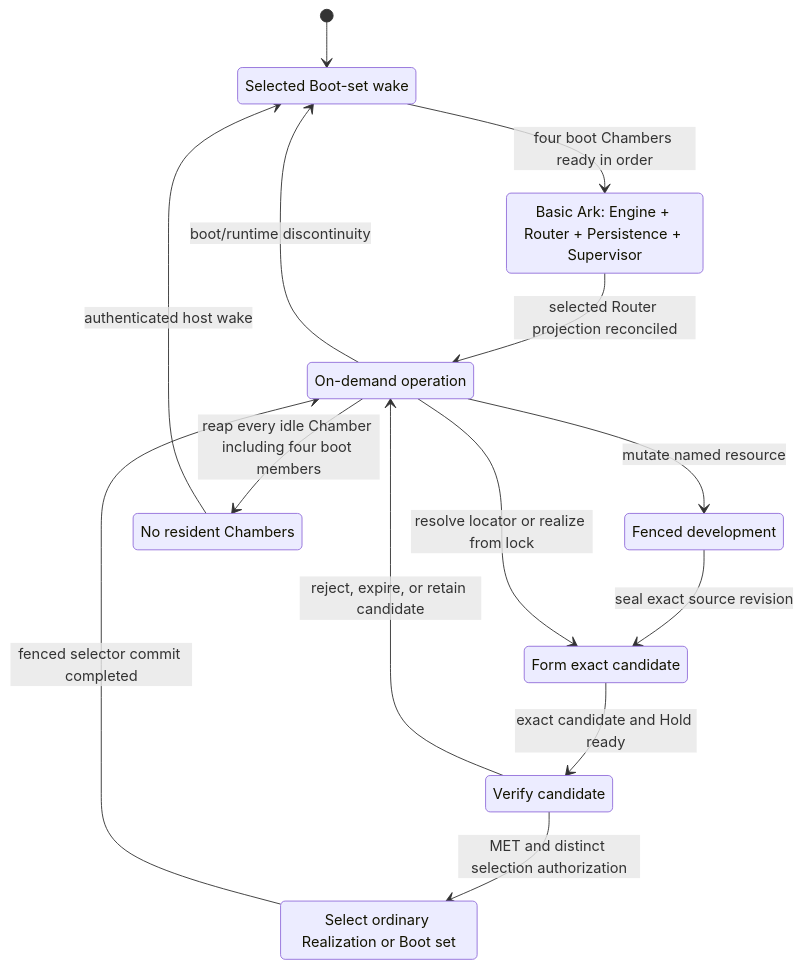
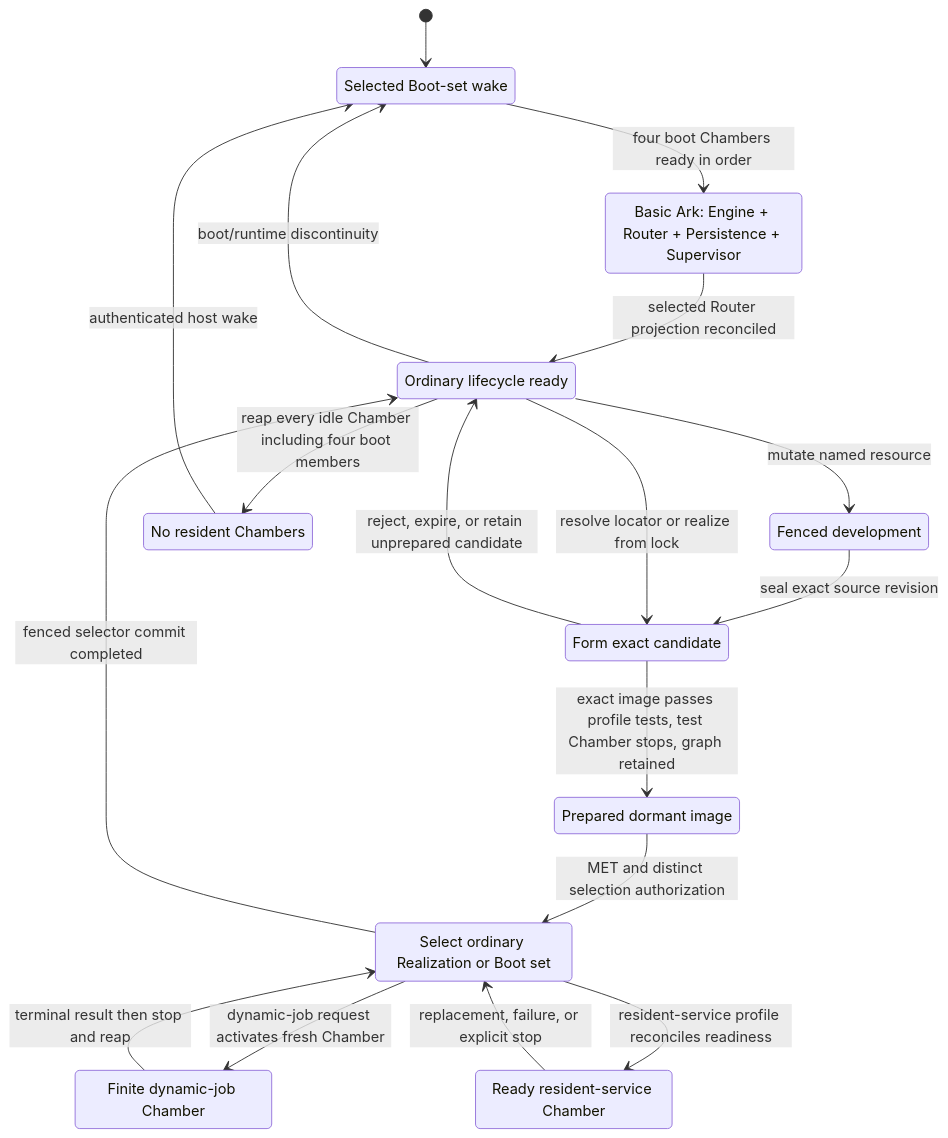
One commit to dreamcatcher-tech/chambers-lifecycle-explorer changed the second of 16 diagrams in source/chambers-lifecycle-sequences.md. Above: the diagram before and after it, drawn with Mermaid. The commit also changed other lines of this file and 5 other files, not shown here.

Commit message:
Publish prepared image execution lifecycles

````diff
--- a/source/chambers-lifecycle-sequences.md
+++ b/source/chambers-lifecycle-sequences.md
@@ -731,26 +795,32 @@
 ```mermaid
 stateDiagram-v2
     direction TB
     state "Selected Boot-set wake" as Wake
     state "Basic Ark: Engine + Router + Persistence + Supervisor" as Basic
-    state "On-demand operation" as Normal
+    state "Ordinary lifecycle ready" as Normal
     state "Fenced development" as Develop
     state "Form exact candidate" as Realize
-    state "Verify candidate" as Verify
+    state "Prepared dormant image" as Prepare
     state "Select ordinary Realization or Boot set" as Select
+    state "Finite dynamic-job Chamber" as Job
+    state "Ready resident-service Chamber" as Service
     state "No resident Chambers" as Quiescent
 
     [*] --> Wake
     Wake --> Basic: four boot Chambers ready in order
     Basic --> Normal: selected Router projection reconciled
     Normal --> Develop: mutate named resource
     Develop --> Realize: seal exact source revision
     Normal --> Realize: resolve locator or realize from lock
-    Realize --> Verify: exact candidate and Hold ready
-    Verify --> Select: MET and distinct selection authorization
-    Verify --> Normal: reject, expire, or retain candidate
+    Realize --> Prepare: exact image passes profile tests, test Chamber stops, graph retained
+    Prepare --> Select: MET and distinct selection authorization
+    Realize --> Normal: reject, expire, or retain unprepared candidate
+    Select --> Job: dynamic-job request activates fresh Chamber
+    Job --> Select: terminal result then stop and reap
+    Select --> Service: resident-service profile reconciles readiness
+    Service --> Select: replacement, failure, or explicit stop
     Select --> Normal: fenced selector commit completed
     Normal --> Quiescent: reap every idle Chamber including four boot members
     Quiescent --> Wake: authenticated host wake
     Normal --> Wake: boot/runtime discontinuity
 ```
````
